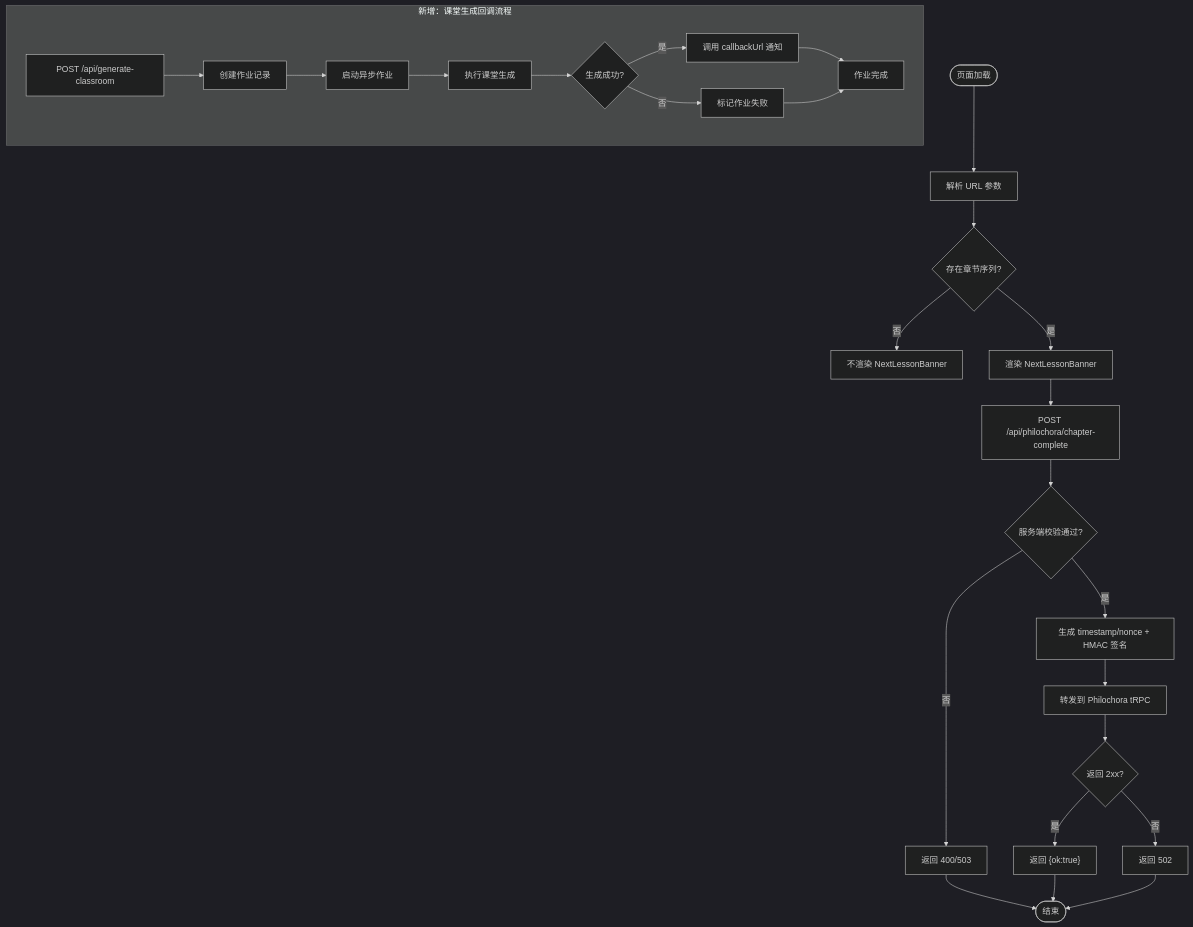
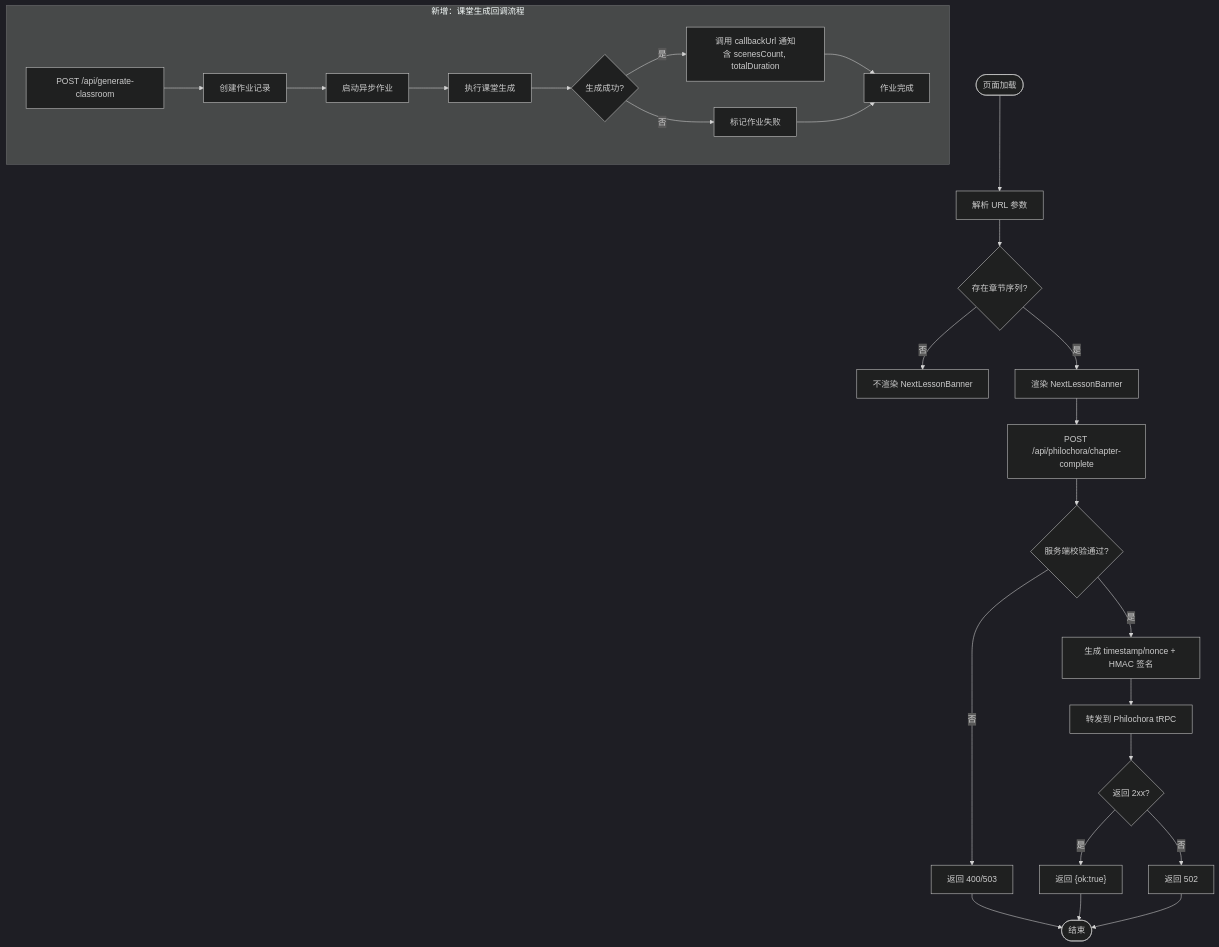
Before and after one commit to huangboheng/OpenMAIC: the third of 3 diagrams in .qoder/repowiki/zh/content/外部服务集成/Philochora 进度回调集成.md, drawn with Mermaid (dark theme). The commit also changed other lines of this file and 2 other files, not shown here.

````diff
--- a/.qoder/repowiki/zh/content/外部服务集成/Philochora 进度回调集成.md
+++ b/.qoder/repowiki/zh/content/外部服务集成/Philochora 进度回调集成.md
@@ -161,28 +169,28 @@
 ```mermaid
 flowchart TD
 Start(["页面加载"]) --> Parse["解析 URL 参数"]
 Parse --> HasSeq{"存在章节序列?"}
 HasSeq --> |否| NoRender["不渲染 NextLessonBanner"]
 HasSeq --> |是| Render["渲染 NextLessonBanner"]
 Render --> Report["POST /api/philochora/chapter-complete"]
 Report --> ServerValidate{"服务端校验通过?"}
 ServerValidate --> |否| Err400["返回 400/503"]
 ServerValidate --> |是| Sign["生成 timestamp/nonce + HMAC 签名"]
 Sign --> Forward["转发到 Philochora tRPC"]
 Forward --> Ok{"返回 2xx?"}
 Ok --> |是| Done["返回 {ok:true}"]
 Ok --> |否| Err502["返回 502"]
 Done --> End(["结束"])
 Err400 --> End
 Err502 --> End
 subgraph "新增：课堂生成回调流程"
 Create["POST /api/generate-classroom"] --> CreateJob["创建作业记录"]
 CreateJob --> AsyncJob["启动异步作业"]
 AsyncJob --> Generate["执行课堂生成"]
 Generate --> Success{"生成成功?"}
-Success --> |是| Notify["调用 callbackUrl 通知"]
+Success --> |是| Notify["调用 callbackUrl 通知<br/>含 scenesCount, totalDuration"]
 Notify --> Complete["作业完成"]
 Success --> |否| Fail["标记作业失败"]
 Fail --> Complete
 end
 ```
````
